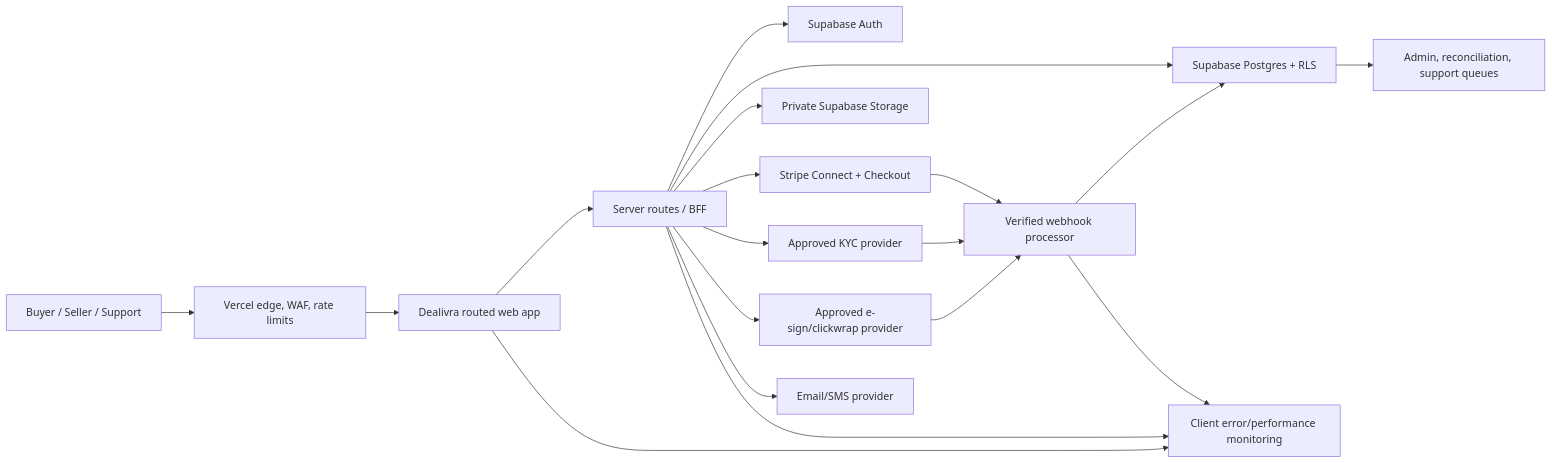
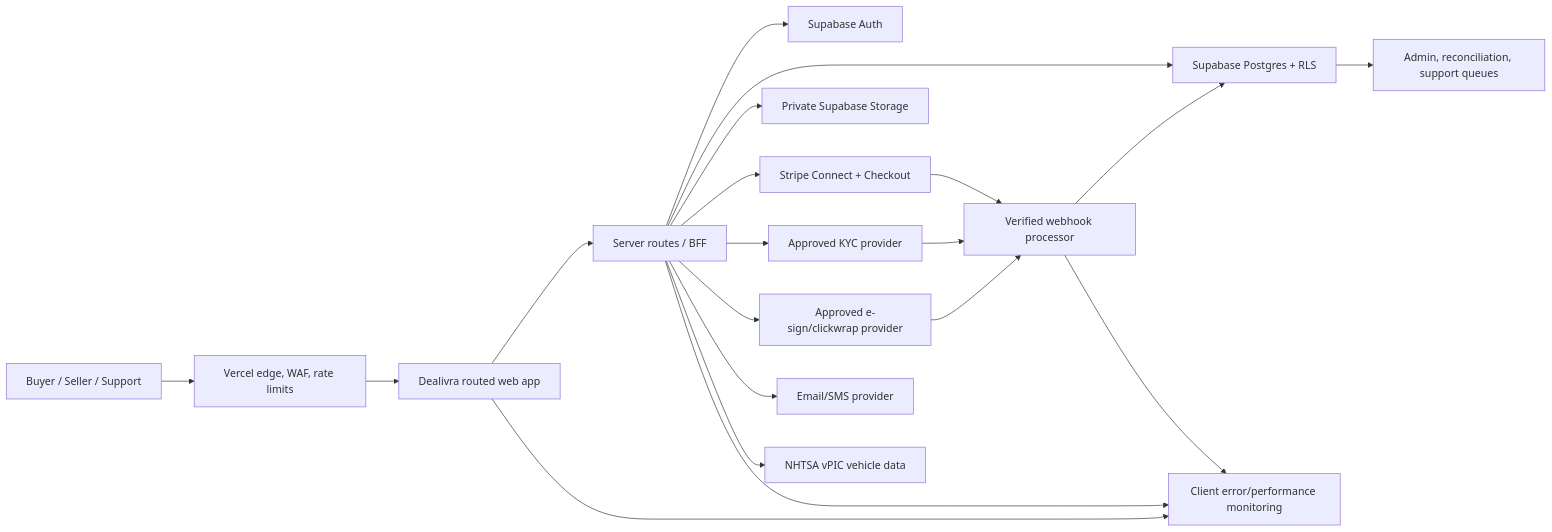
Before and after one commit to nikamelikishvili-hue/dealsafe-mvp: the diagram in docs/production-readiness/02_SYSTEM_ARCHITECTURE.md, drawn with Mermaid. The commit also changed other lines of this file and 15 other files, not shown here.

````diff
--- a/docs/production-readiness/02_SYSTEM_ARCHITECTURE.md
+++ b/docs/production-readiness/02_SYSTEM_ARCHITECTURE.md
@@ -20,21 +20,22 @@
 ```mermaid
 flowchart LR
     User["Buyer / Seller / Support"] --> Edge["Vercel edge, WAF, rate limits"]
     Edge --> Web["Dealivra routed web app"]
     Web --> BFF["Server routes / BFF"]
     BFF --> Auth["Supabase Auth"]
     BFF --> DB["Supabase Postgres + RLS"]
     BFF --> Storage["Private Supabase Storage"]
     BFF --> Stripe["Stripe Connect + Checkout"]
     BFF --> Identity["Approved KYC provider"]
     BFF --> Sign["Approved e-sign/clickwrap provider"]
     BFF --> Notify["Email/SMS provider"]
+    BFF --> VehicleData["NHTSA vPIC vehicle data"]
     Stripe --> Events["Verified webhook processor"]
     Identity --> Events
     Sign --> Events
     Events --> DB
     DB --> Ops["Admin, reconciliation, support queues"]
     Web --> Observe["Client error/performance monitoring"]
     BFF --> Observe
     Events --> Observe
 ```
````
